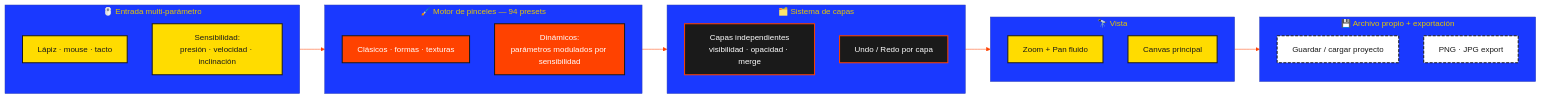
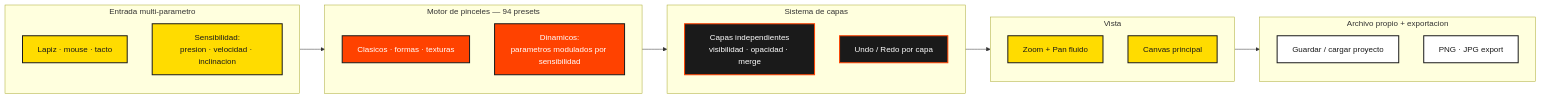
One commit to freeanimationpower/Free-Illustration-Power changed the diagram in README.md. Above: the diagram before and after it, drawn with Mermaid.

Commit message:
Fix mermaid syntax for GitHub renderer

````diff
--- a/README.md
+++ b/README.md
@@ -65,39 +65,38 @@
 ```mermaid
 flowchart LR
-%%{init: {'theme': 'base', 'themeVariables': {'primaryColor': '#ffdc00', 'primaryBorderColor': '#1a1a1a', 'primaryTextColor': '#1a1a1a', 'lineColor': '#ff4200', 'fontFamily': 'Segoe UI'}}}%%
     classDef ui fill:#ffdc00,stroke:#1a1a1a,color:#1a1a1a,stroke-width:2px;
     classDef engine fill:#ff4200,stroke:#1a1a1a,color:#ffffff,stroke-width:2px;
     classDef data fill:#1a1a1a,stroke:#ff4200,color:#ffffff,stroke-width:2px;
-    classDef ext fill:#ffffff,stroke:#1a1a1a,color:#1a1a1a,stroke-width:2px,stroke-dasharray:6 3;
-        subgraph INPUT["🖱️ Entrada multi-parámetro"]
+    classDef ext fill:#ffffff,stroke:#1a1a1a,color:#1a1a1a,stroke-width:2px;
+        subgraph INPUT["Entrada multi-parametro"]
             direction TB
-            PEN["Lápiz · mouse · tacto"]
-            SEN["Sensibilidad:<br/>presión · velocidad · inclinación"]
+            PEN["Lapiz · mouse · tacto"]
+            SEN["Sensibilidad:<br/>presion · velocidad · inclinacion"]
         end
-        subgraph BRUSH["🖌️ Motor de pinceles — 94 presets"]
+        subgraph BRUSH["Motor de pinceles — 94 presets"]
             direction TB
-            B1["Clásicos · formas · texturas"]
-            B2["Dinámicos:<br/>parámetros modulados por sensibilidad"]
+            B1["Clasicos · formas · texturas"]
+            B2["Dinamicos:<br/>parametros modulados por sensibilidad"]
         end
-        subgraph LAYERS["🗂️ Sistema de capas"]
+        subgraph LAYERS["Sistema de capas"]
             direction TB
             L1["Capas independientes<br/>visibilidad · opacidad · merge"]
             L2["Undo / Redo por capa"]
         end
-        subgraph VIEW["🔭 Vista"]
+        subgraph VIEW["Vista"]
             direction TB
             ZP["Zoom + Pan fluido"]
             DSP["Canvas principal"]
         end
-        subgraph FILE["💾 Archivo propio + exportación"]
+        subgraph FILE["Archivo propio + exportacion"]
             direction TB
             F1["Guardar / cargar proyecto"]
             F2["PNG · JPG export"]
         end
         INPUT --> BRUSH --> LAYERS --> VIEW --> FILE
         class PEN,SEN ui
         class B1,B2 engine
         class L1,L2 data
         class ZP,DSP ui
         class F1,F2 ext
 ```
````
